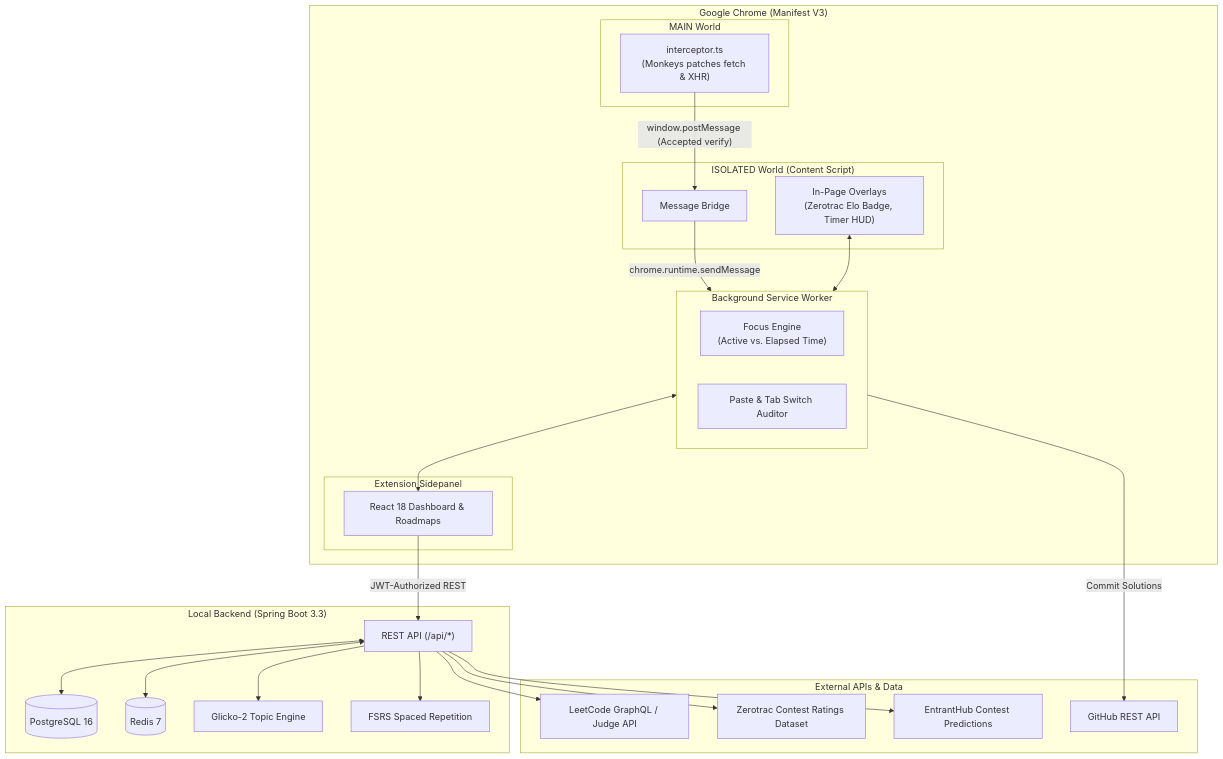
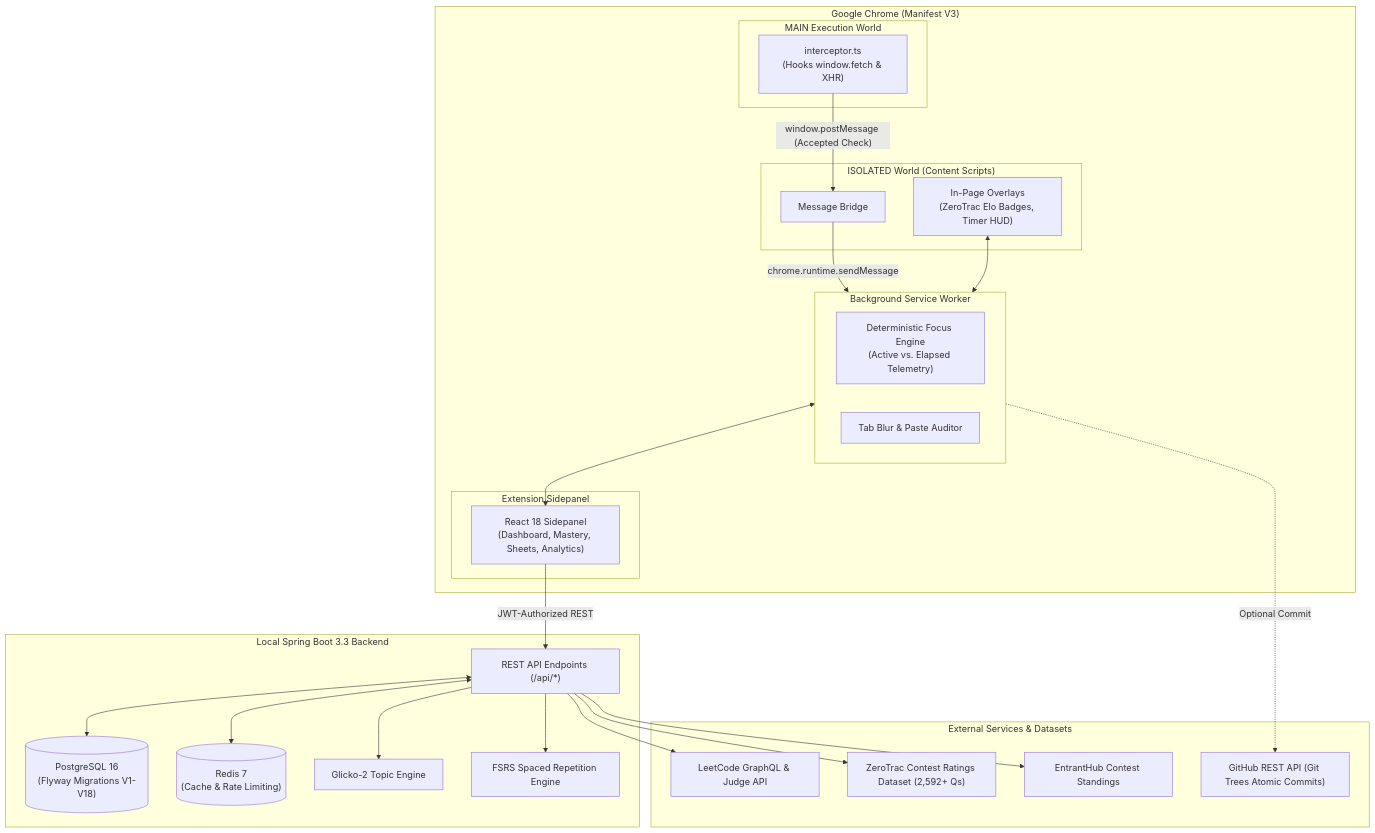
The diagram in README.md (Somnath0707/AlgoVault), drawn with Mermaid before and after one commit. The commit also changed other lines of this file and 63 other files, not shown here.

````diff
--- a/README.md
+++ b/README.md
@@ -39,53 +84,53 @@
 ```mermaid
 flowchart TB
     subgraph Browser["Google Chrome (Manifest V3)"]
-        subgraph MainWorld["MAIN World"]
-            Interceptor["interceptor.ts<br/>(Monkeys patches fetch & XHR)"]
+        subgraph MainWorld["MAIN Execution World"]
+            Interceptor["interceptor.ts<br/>(Hooks window.fetch & XHR)"]
         end
 
-        subgraph IsolatedWorld["ISOLATED World (Content Script)"]
+        subgraph IsolatedWorld["ISOLATED World (Content Scripts)"]
             Bridge["Message Bridge"]
-            DOMInject["In-Page Overlays<br/>(Zerotrac Elo Badge, Timer HUD)"]
+            DOMInject["In-Page Overlays<br/>(ZeroTrac Elo Badges, Timer HUD)"]
         end
 
         subgraph BackgroundWorker["Background Service Worker"]
-            TimerEngine["Focus Engine<br/>(Active vs. Elapsed Time)"]
-            PasteTracker["Paste & Tab Switch Auditor"]
+            TimerEngine["Deterministic Focus Engine<br/>(Active vs. Elapsed Telemetry)"]
+            AuditTracker["Tab Blur & Paste Auditor"]
         end
 
         subgraph SidepanelUI["Extension Sidepanel"]
-            ReactUI["React 18 Dashboard & Roadmaps"]
+            ReactUI["React 18 Sidepanel<br/>(Dashboard, Mastery, Sheets, Analytics)"]
         end
     end
 
-    subgraph LocalBackend["Local Backend (Spring Boot 3.3)"]
-        Controllers["REST API (/api/*)"]
-        Postgres[("PostgreSQL 16")]
-        Redis[("Redis 7")]
+    subgraph LocalBackend["Local Spring Boot 3.3 Backend"]
+        Controllers["REST API Endpoints (/api/*)"]
+        Postgres[("PostgreSQL 16<br/>(Flyway Migrations V1-V18)")]
+        Redis[("Redis 7<br/>(Cache & Rate Limiting)")]
         Glicko["Glicko-2 Topic Engine"]
-        FSRS["FSRS Spaced Repetition"]
+        FSRS["FSRS Spaced Repetition Engine"]
     end
 
-    subgraph External["External APIs & Data"]
-        LeetCode["LeetCode GraphQL / Judge API"]
-        Zerotrac["Zerotrac Contest Ratings Dataset"]
-        EntrantHub["EntrantHub Contest Predictions"]
-        GitHub["GitHub REST API"]
+    subgraph External["External Services & Datasets"]
+        LeetCode["LeetCode GraphQL & Judge API"]
+        Zerotrac["ZeroTrac Contest Ratings Dataset (2,592+ Qs)"]
+        EntrantHub["EntrantHub Contest Standings"]
+        GitHub["GitHub REST API (Git Trees Atomic Commits)"]
     end
 
-    Interceptor -->|"window.postMessage (Accepted verify)"| Bridge
+    Interceptor -->|"window.postMessage (Accepted Check)"| Bridge
     Bridge -->|"chrome.runtime.sendMessage"| BackgroundWorker
     DOMInject <--> BackgroundWorker
     BackgroundWorker <--> ReactUI
 
     ReactUI -->|"JWT-Authorized REST"| Controllers
     Controllers <--> Postgres
     Controllers <--> Redis
     Controllers --> Glicko
     Controllers --> FSRS
 
     Controllers --> LeetCode
     Controllers --> Zerotrac
     Controllers --> EntrantHub
-    BackgroundWorker -->|"Commit Solutions"| GitHub
+    BackgroundWorker -.->|"Optional Commit"| GitHub
 ```
````
